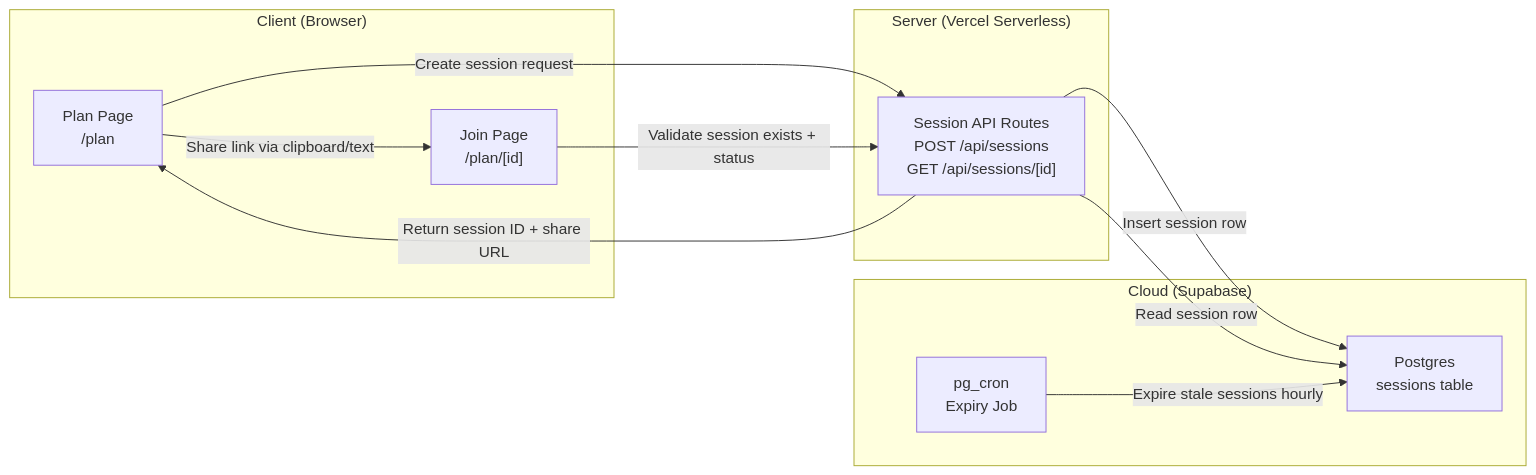
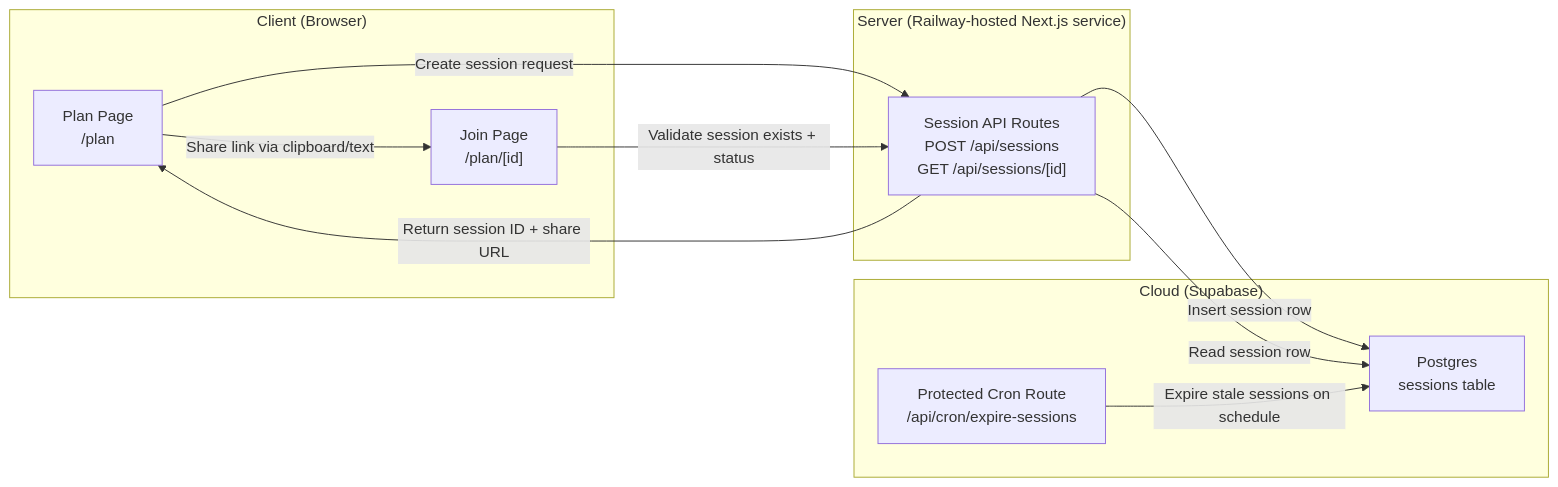
One commit to Aiden-Barrera/dateflow changed the first of 4 diagrams in docs/dev-specs/ds-01-session-management.md. Above: the diagram before and after it, drawn with Mermaid. The commit also changed other lines of this file and 46 other files, not shown here.

````diff
--- a/docs/dev-specs/ds-01-session-management.md
+++ b/docs/dev-specs/ds-01-session-management.md
@@ -12,24 +12,24 @@
 ```mermaid
 flowchart LR
     subgraph Client["Client (Browser)"]
         PlanPage["Plan Page<br/>/plan"]
         JoinPage["Join Page<br/>/plan/[id]"]
     end
 
-    subgraph Server["Server (Vercel Serverless)"]
+    subgraph Server["Server (Railway-hosted Next.js service)"]
         SessionAPI["Session API Routes<br/>POST /api/sessions<br/>GET /api/sessions/[id]"]
     end
 
     subgraph Cloud["Cloud (Supabase)"]
         Postgres["Postgres<br/>sessions table"]
-        PgCron["pg_cron<br/>Expiry Job"]
+        CronAPI["Protected Cron Route<br/>/api/cron/expire-sessions"]
     end
 
     PlanPage -- "Create session request" --> SessionAPI
     SessionAPI -- "Insert session row" --> Postgres
     SessionAPI -- "Return session ID + share URL" --> PlanPage
     PlanPage -- "Share link via clipboard/text" --> JoinPage
     JoinPage -- "Validate session exists + status" --> SessionAPI
     SessionAPI -- "Read session row" --> Postgres
-    PgCron -- "Expire stale sessions hourly" --> Postgres
+    CronAPI -- "Expire stale sessions on schedule" --> Postgres
 ```
````
